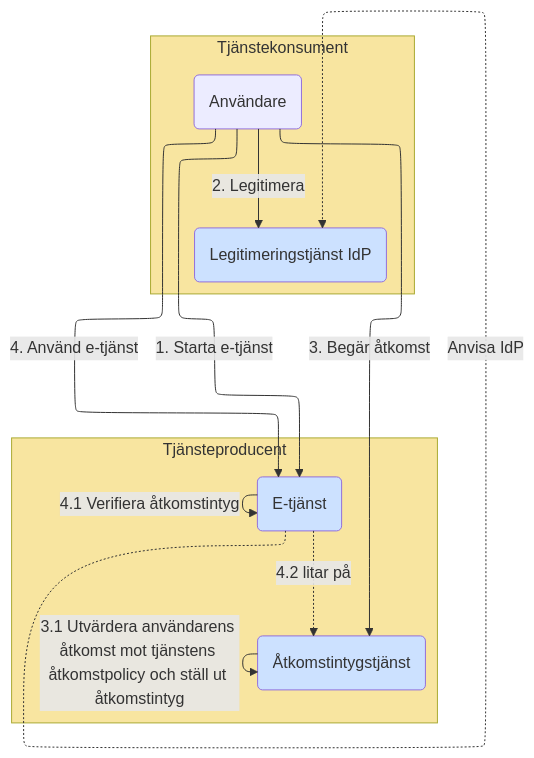
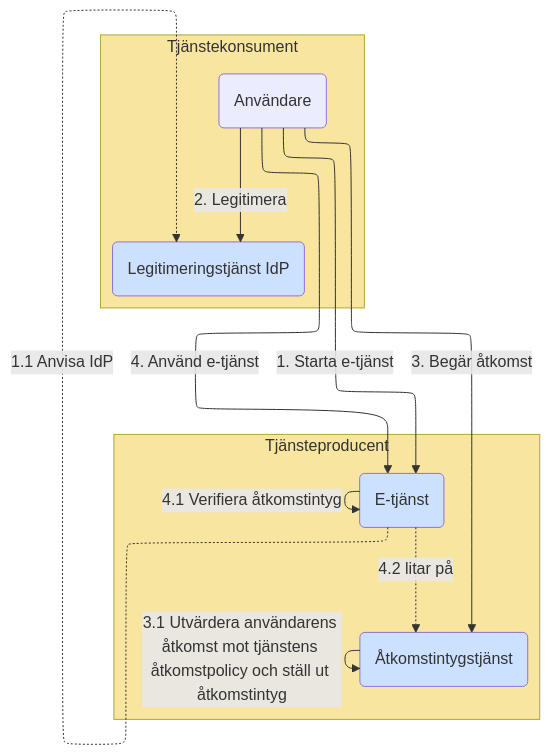
Before and after one commit to diggsweden/ena-authorization: the sixth of 10 diagrams in architecture/drafts/IAM_TargetArchitecture_Sweden.md, drawn with Mermaid. The commit also changed other lines of this file, not shown here.

````diff
--- a/architecture/drafts/IAM_TargetArchitecture_Sweden.md
+++ b/architecture/drafts/IAM_TargetArchitecture_Sweden.md
@@ -214,30 +207,28 @@
 ```mermaid
 %%{init: {"flowchart": {"defaultRenderer": "elk"}} }%%
 graph 
 classDef org fill:#F8E5A0
 classDef comp fill:#CCE1FF
 classDef box fill:#ffffff,stroke:#000000
 
 subgraph po[Tjänsteproducent]
     p(E-tjänst):::comp
     as(Åtkomstintygstjänst):::comp
 end
 po:::org
 
 subgraph co[Tjänstekonsument]
     idp(Legitimeringstjänst IdP):::comp
     u(Användare)
 end
 co:::org
 
-idp ~~~ p
-
 u--<p>1. Starta e-tjänst-->p
-p-.Anvisa IdP.->idp
+p-.1#46;1 Anvisa IdP.->idp
 u--<p>2. Legitimera-->idp
 u--<p>3. Begär åtkomst-->as
 as--<p>3.1 Utvärdera användarens åtkomst mot tjänstens åtkomstpolicy och ställ ut åtkomstintyg-->as
 u--<p>4. Använd e-tjänst-->p
 p--<p>4.1 Verifiera åtkomstintyg-->p
 p-.<p>4#46;2 litar på.->as
 ```
````
